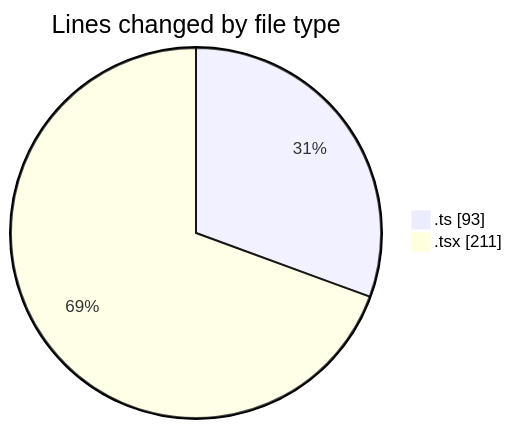
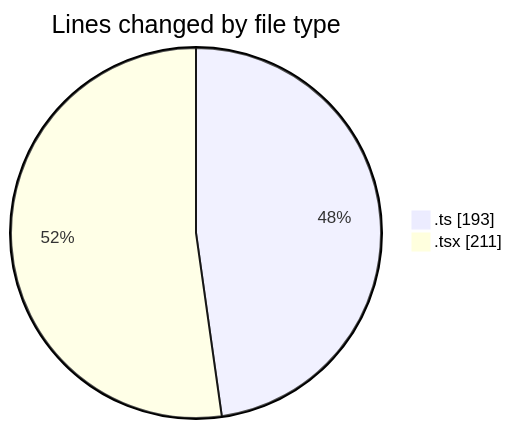
Before and after one commit to robertbonfada/code-tracking: the first of 2 diagrams in 2025-03-11/audiobooks-web/README.md, drawn with Mermaid. The commit also changed other lines of this file and 1 other file, not shown here.

````diff
--- a/2025-03-11/audiobooks-web/README.md
+++ b/2025-03-11/audiobooks-web/README.md
@@ -21,6 +22,6 @@
 ```mermaid
 pie showData
 title Lines changed by file type
-".ts" : 93
+".ts" : 193
 ".tsx" : 211
 ```
````
